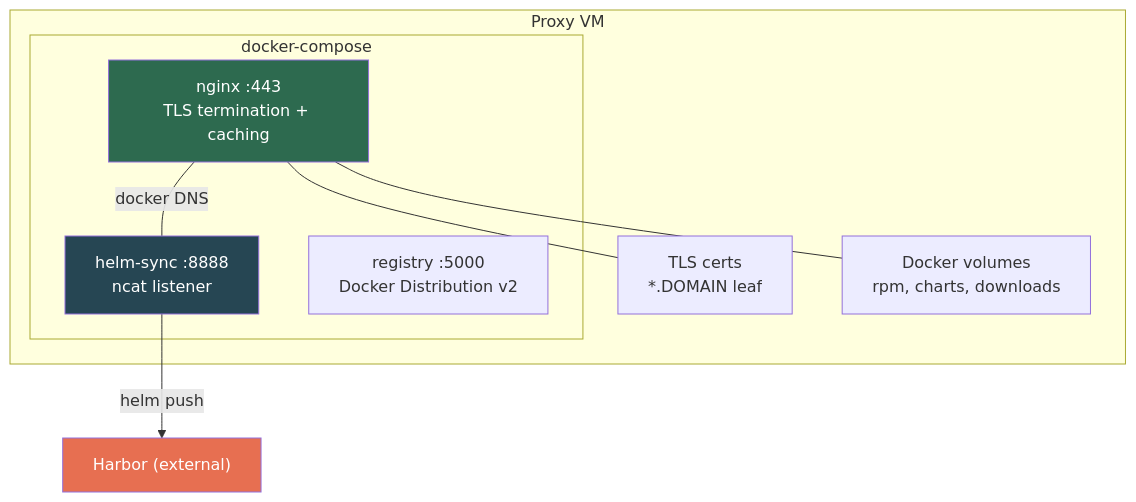
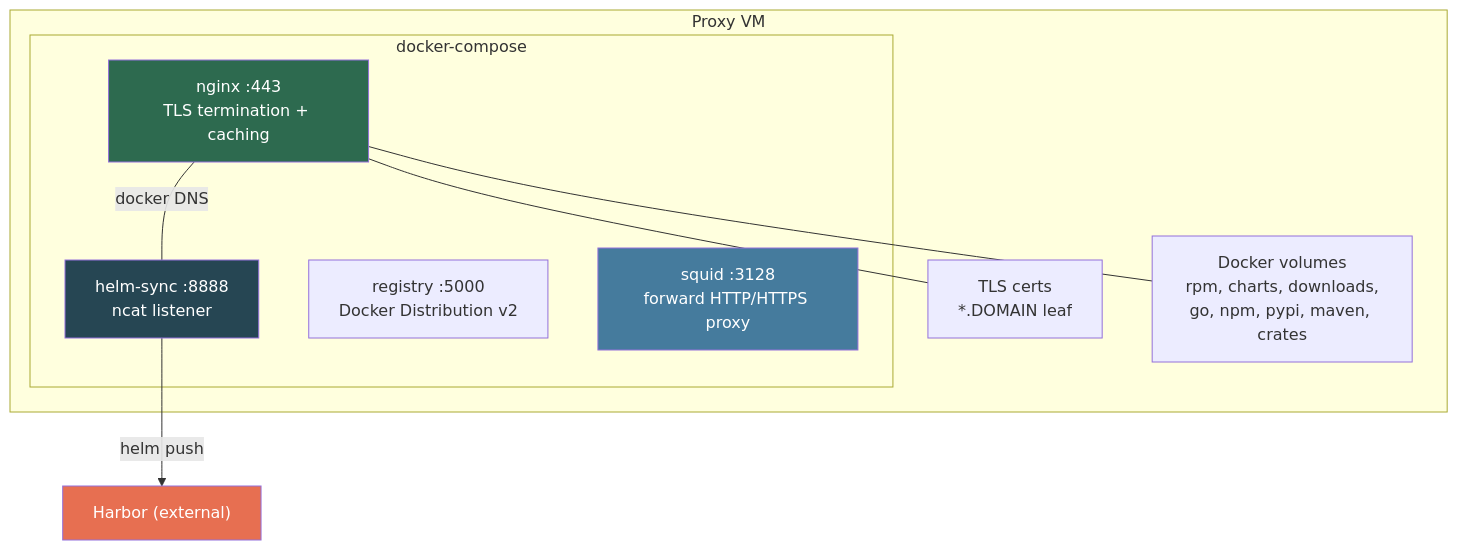
Before and after one commit to derhornspieler/harvester-proxy-internet-vm: the second of 7 diagrams in README.md, drawn with Mermaid. The commit also changed other lines of this file, not shown here.

First line of the commit message:
docs: update README for language proxies, Squid, and new cache volumes

````diff
--- a/README.md
+++ b/README.md
@@ -51,23 +53,25 @@
 ```mermaid
 graph TB
     subgraph VM["Proxy VM"]
         subgraph DC["docker-compose"]
             N443["nginx :443<br/>TLS termination + caching"]
             HSC["helm-sync :8888<br/>ncat listener"]
             R5000["registry :5000<br/>Docker Distribution v2"]
+            SQ["squid :3128<br/>forward HTTP/HTTPS proxy"]
         end
         CERTS["TLS certs<br/>*.DOMAIN leaf"]
-        CACHE["Docker volumes<br/>rpm, charts, downloads"]
+        CACHE["Docker volumes<br/>rpm, charts, downloads,<br/>go, npm, pypi, maven, crates"]
     end
 
     N443 ---|docker DNS| HSC
     N443 --- CERTS
     N443 --- CACHE
 
     EXT_HARBOR["Harbor (external)"]
     HSC -->|helm push| EXT_HARBOR
 
     style N443 fill:#2d6a4f,color:#fff
     style HSC fill:#264653,color:#fff
+    style SQ fill:#457b9d,color:#fff
     style EXT_HARBOR fill:#e76f51,color:#fff
 ```
````
